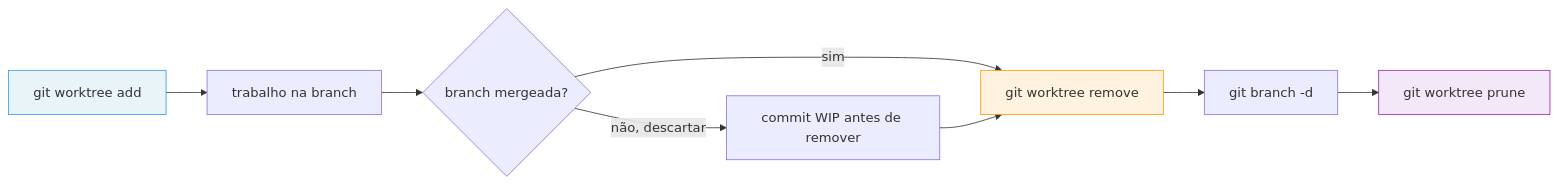
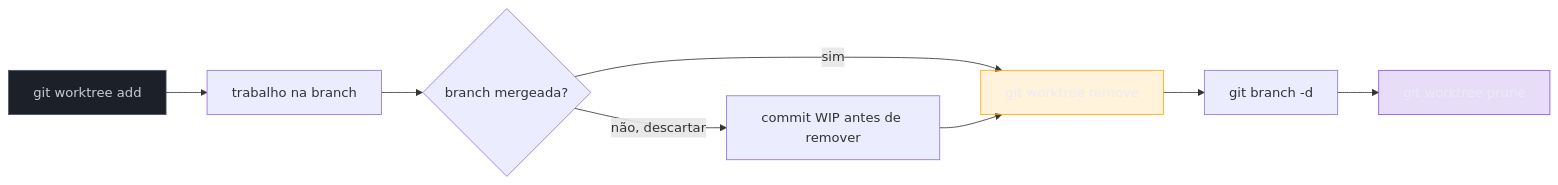
Before and after one commit to josenaldo/codex-technomanticus: the second of 2 diagrams in 03-Dominios/Tecnologia/IA/Claude Code/Workflows/06 - Sessões paralelas.md, drawn with Mermaid. The commit also changed other lines of this file and 1181 other files, not shown here.

First line of the commit message:
fix(diagramas): paleta do sistema no lugar de cor cravada no markdown

````diff
--- a/03-Dominios/Tecnologia/IA/Claude Code/Workflows/06 - Sessões paralelas.md
+++ b/03-Dominios/Tecnologia/IA/Claude Code/Workflows/06 - Sessões paralelas.md
@@ -304,14 +306,17 @@
 ```mermaid
 flowchart LR
+    classDef neutro fill:#1B2029,stroke:#4E5666,color:#C6CCD8
+    classDef destaque fill:#FFAA0024,stroke:#FFAA00,color:#E9ECF2
+    classDef marca fill:#8855DF33,stroke:#8855DF,color:#E9ECF2
     A[git worktree add] --> B[trabalho na branch]
     B --> C{branch mergeada?}
     C -->|sim| D[git worktree remove]
     D --> E[git branch -d]
     E --> F[git worktree prune]
     C -->|não, descartar| G[commit WIP antes de remover]
     G --> D
 
-    style A fill:#e8f4f8,stroke:#339af0
-    style D fill:#fff3e0,stroke:#ff9800
-    style F fill:#f3e8f8,stroke:#9c27b0
+    class A neutro
+    class D destaque
+    class F marca
 ```
````
